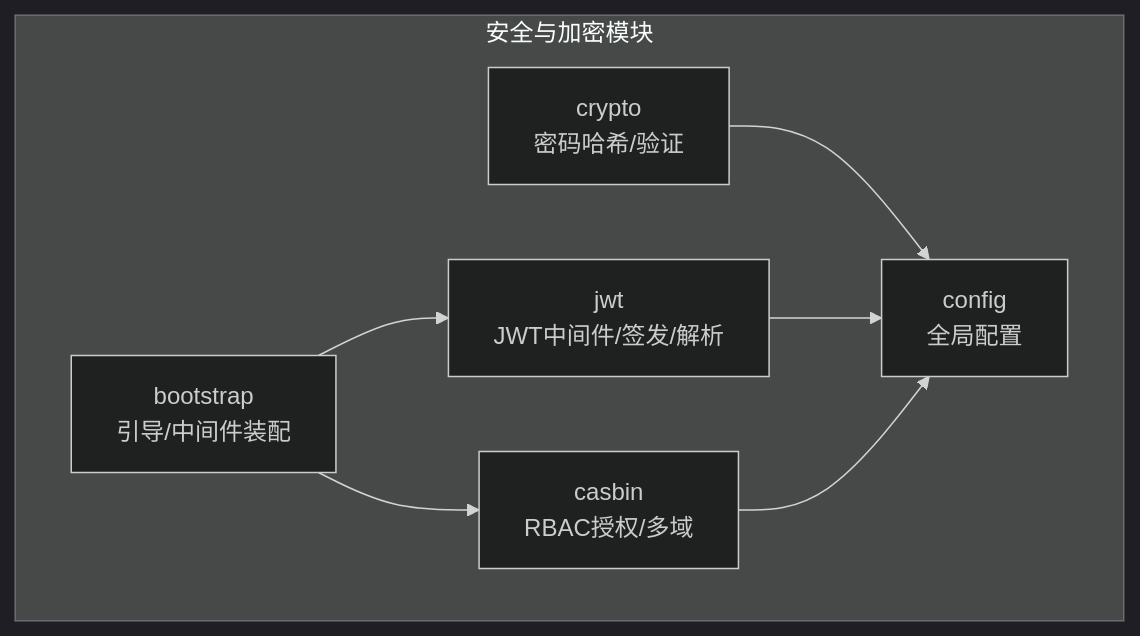
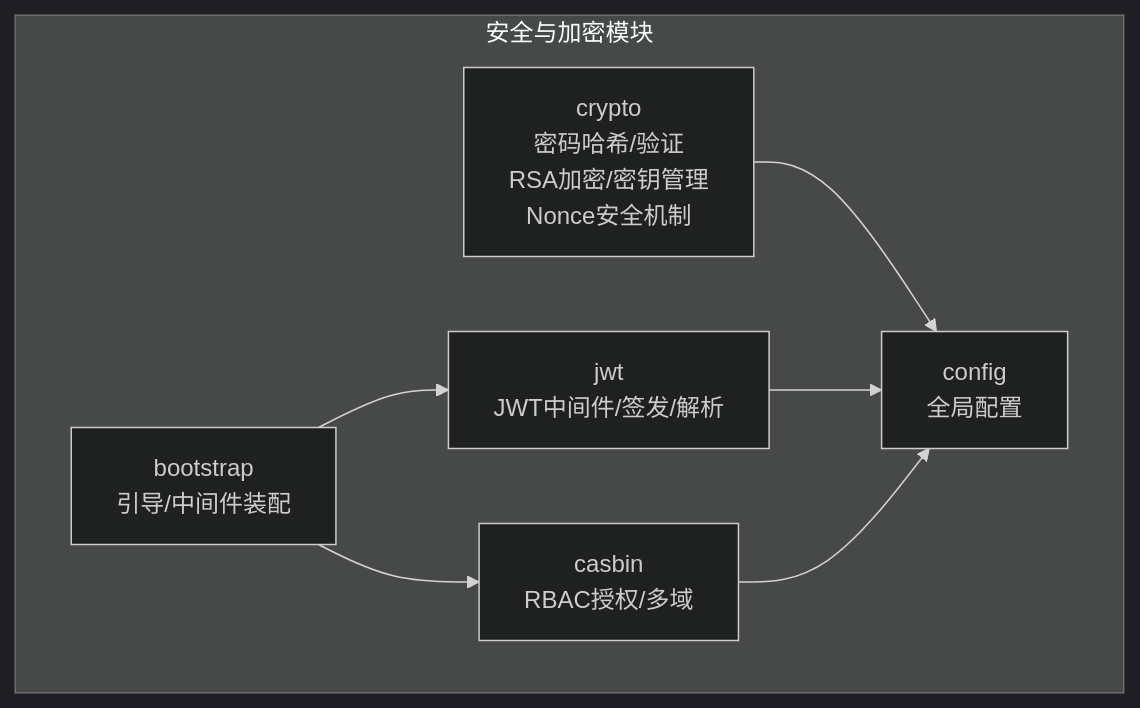
One commit to wuwuseo/cmf changed the first of 9 diagrams in .qoder/repowiki/zh/content/安全与加密.md. Above: the diagram before and after it, drawn with Mermaid (dark theme). The commit also changed other lines of this file and 4 other files, not shown here.

````diff
--- a/.qoder/repowiki/zh/content/安全与加密.md
+++ b/.qoder/repowiki/zh/content/安全与加密.md
@@ -39,15 +49,15 @@
 ```mermaid
 graph TB
 subgraph "安全与加密模块"
-CRY["crypto<br/>密码哈希/验证"]
+CRY["crypto<br/>密码哈希/验证<br/>RSA加密/密钥管理<br/>Nonce安全机制"]
 JWT["jwt<br/>JWT中间件/签发/解析"]
 CAS["casbin<br/>RBAC授权/多域"]
 CFG["config<br/>全局配置"]
 BOOT["bootstrap<br/>引导/中间件装配"]
 end
 CRY --> CFG
 JWT --> CFG
 CAS --> CFG
 BOOT --> JWT
 BOOT --> CAS
 ```
````
